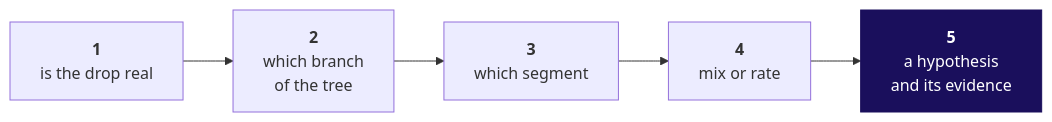
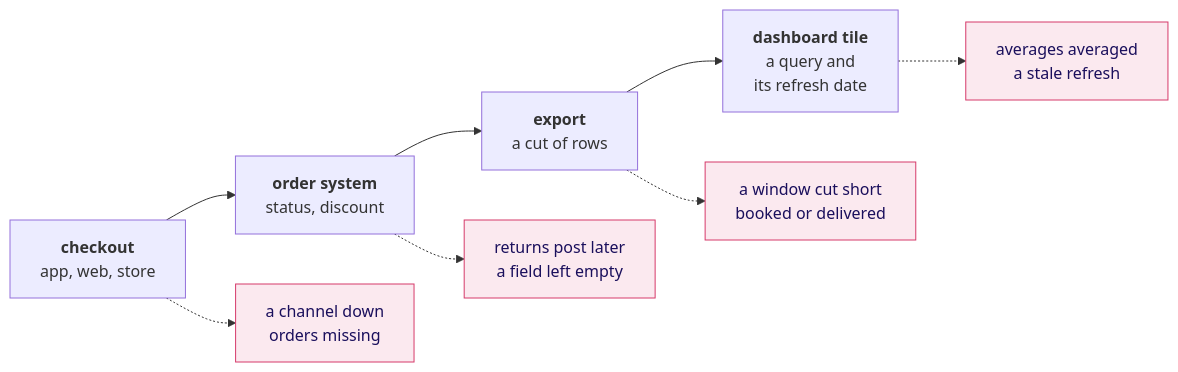
One commit to fde-academy-lab/c2-content-factory changed the second of 13 diagrams in content/W01/D2/slides/C2_W01_D02_half1_STUDENT.md. Above: the diagram before and after it, drawn with Mermaid. The commit also changed other lines of this file and 3 other files, not shown here.

````diff
--- a/content/W01/D2/slides/C2_W01_D02_half1_STUDENT.md
+++ b/content/W01/D2/slides/C2_W01_D02_half1_STUDENT.md
@@ -116,9 +121,12 @@
 ```mermaid
 flowchart LR
-    R1["<b>1</b><br/>is the drop real"] --> R2["<b>2</b><br/>which branch<br/>of the tree"]
-    R2 --> R3["<b>3</b><br/>which segment"]
-    R3 --> R4["<b>4</b><br/>mix or rate"]
-    R4 --> R5["<b>5</b><br/>a hypothesis<br/>and its evidence"]
-    classDef bet fill:#1A0F5C,stroke:#1A0F5C,color:#FFFFFF
-    class R5 bet
+    C["<b>checkout</b><br/>app, web, store"] --> O["<b>order system</b><br/>status, discount"]
+    O --> E["<b>export</b><br/>a cut of rows"]
+    E --> T["<b>dashboard tile</b><br/>a query and<br/>its refresh date"]
+    C -.-> F1["a channel down<br/>orders missing"]
+    O -.-> F2["returns post later<br/>a field left empty"]
+    E -.-> F3["a window cut short<br/>booked or delivered"]
+    T -.-> F4["averages averaged<br/>a stale refresh"]
+    classDef bad fill:#FBE9EF,stroke:#D63A6A,color:#1A0F5C
+    class F1,F2,F3,F4 bad
 ```
````
